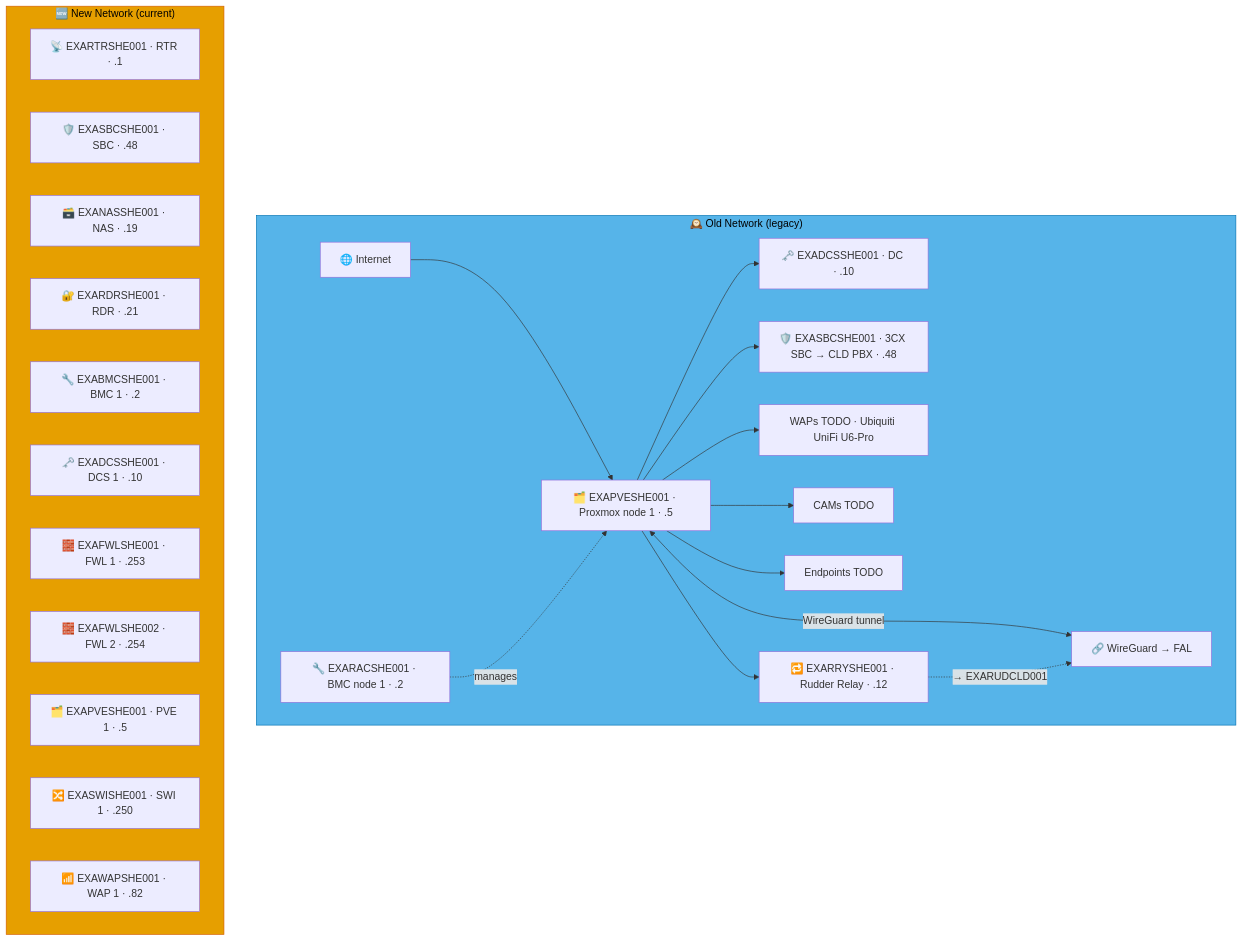
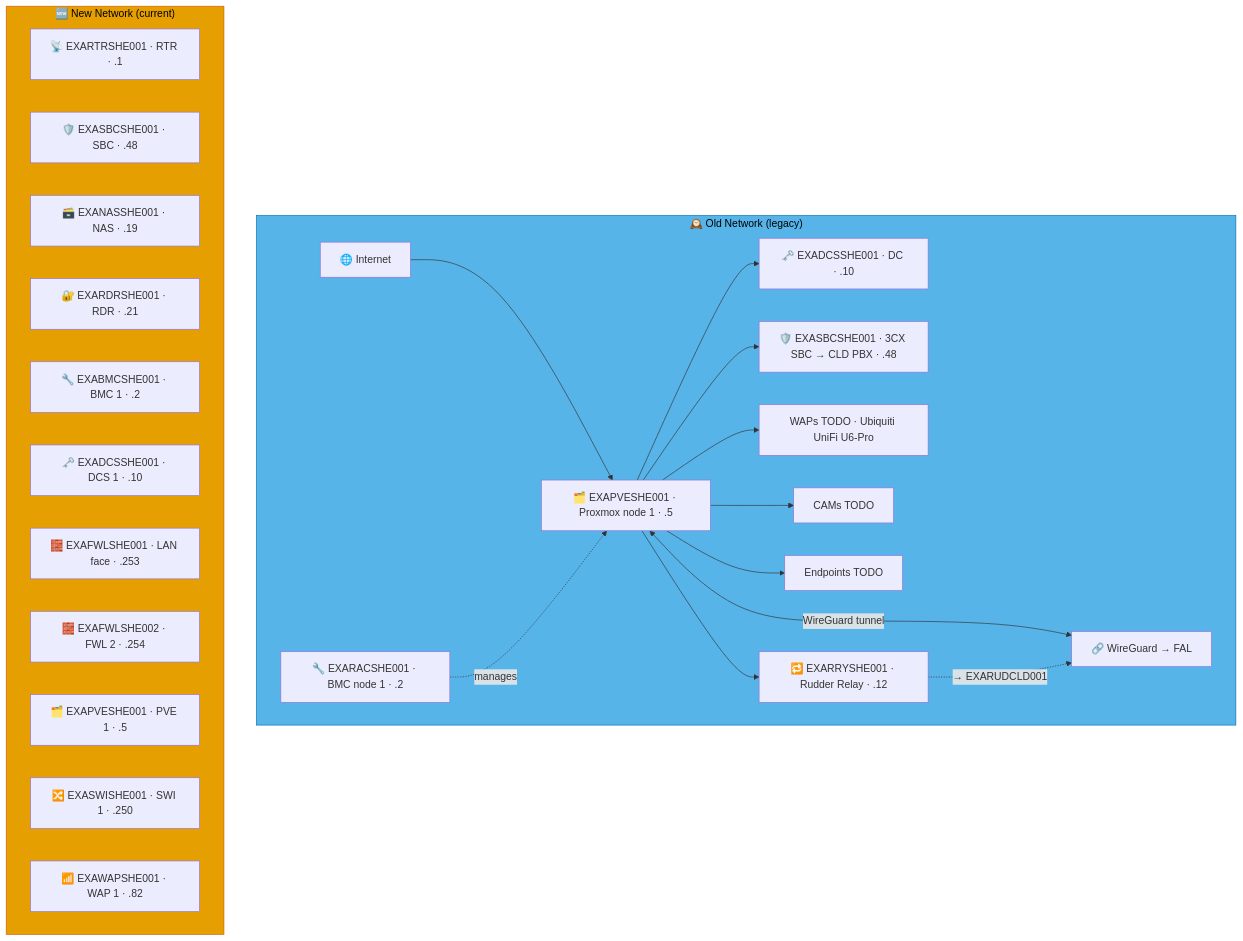
The sixth of 9 diagrams in docs/network-diagram/england.md (knightmare2600/example_music_infra), drawn with Mermaid before and after one commit. The commit also changed other lines of this file and 17 other files, not shown here.

````diff
--- a/docs/network-diagram/england.md
+++ b/docs/network-diagram/england.md
@@ -332,40 +332,40 @@
 ```mermaid
 graph TD
     subgraph OLD_SHE ["🕰️ Old Network (legacy)"]
       INET["🌐 Internet"]
       RAC["🔧 EXARACSHE001 · BMC node 1 · .2"]
       PVE["🗂️ EXAPVESHE001 · Proxmox node 1 · .5"]
       DC["🗝️ EXADCSSHE001 · DC · .10"]
       SBC["🛡️ EXASBCSHE001 · 3CX SBC → CLD PBX · .48"]
       RRY["🔁 EXARRYSHE001 · Rudder Relay · .12"]
       WAP["WAPs TODO · Ubiquiti UniFi U6-Pro"]
       CAM["CAMs TODO"]
       EP["Endpoints TODO"]
       VPN["🔗 WireGuard → FAL"]
 
       INET --> PVE --> DC & SBC
       RAC -.->|"manages"| PVE
       PVE --> WAP & CAM & EP
       PVE <-->|"WireGuard tunnel"| VPN
 
       PVE --> RRY
       RRY -. "→ EXARUDCLD001" .-> VPN
     end
     style OLD_SHE fill:#56B4E9,stroke:#0072B2,color:#000000
     %% GENERATED:NEW-NETWORK:SHE:START
     subgraph NEW_SHE ["🆕 New Network (current)"]
       N_RTR["📡 EXARTRSHE001 · RTR · .1"]
       N_SBC["🛡️ EXASBCSHE001 · SBC · .48"]
       N_NAS["🗃️ EXANASSHE001 · NAS · .19"]
       N_RDR["🔐 EXARDRSHE001 · RDR · .21"]
       N_BMC["🔧 EXABMCSHE001 · BMC 1 · .2"]
       N_DCS["🗝️ EXADCSSHE001 · DCS 1 · .10"]
-      N_FWL["🧱 EXAFWLSHE001 · FWL 1 · .253"]
+      N_FWL["🧱 EXAFWLSHE001 · LAN face · .253"]
       N_FWL2["🧱 EXAFWLSHE002 · FWL 2 · .254"]
       N_PVE["🗂️ EXAPVESHE001 · PVE 1 · .5"]
       N_SWI["🔀 EXASWISHE001 · SWI 1 · .250"]
       N_WAP["📶 EXAWAPSHE001 · WAP 1 · .82"]
     end
     style NEW_SHE fill:#E69F00,stroke:#D55E00,color:#000000
     %% GENERATED:NEW-NETWORK:SHE:END
 ```
````
